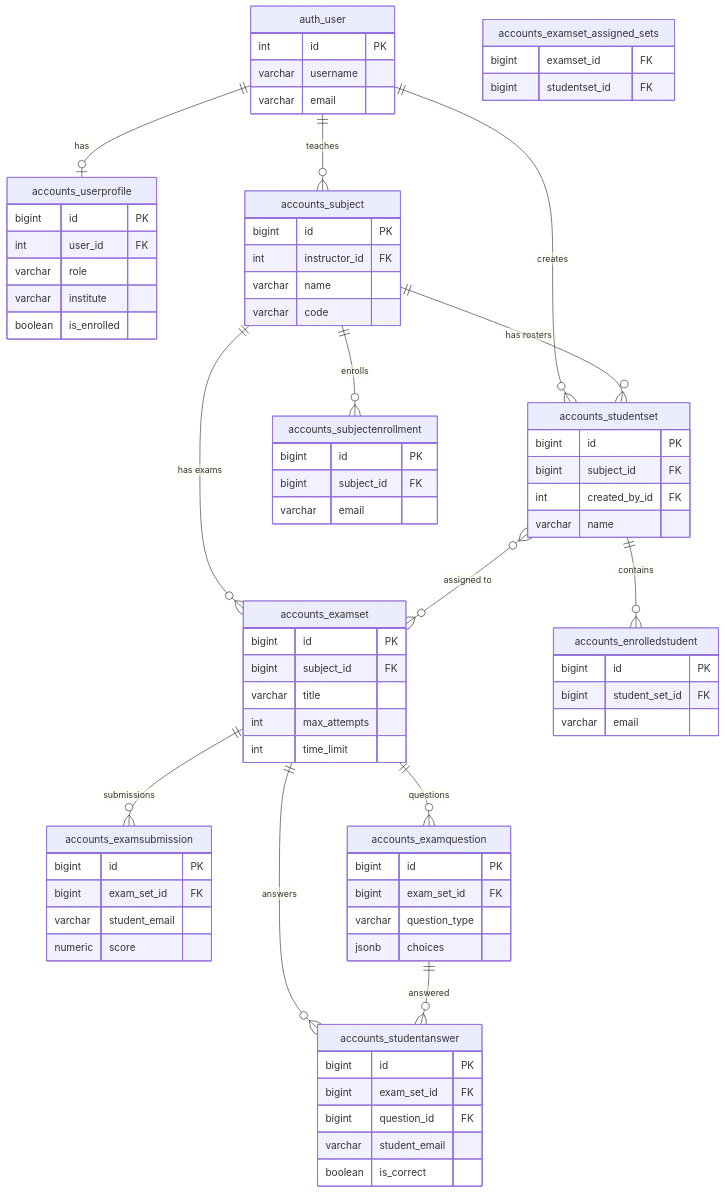
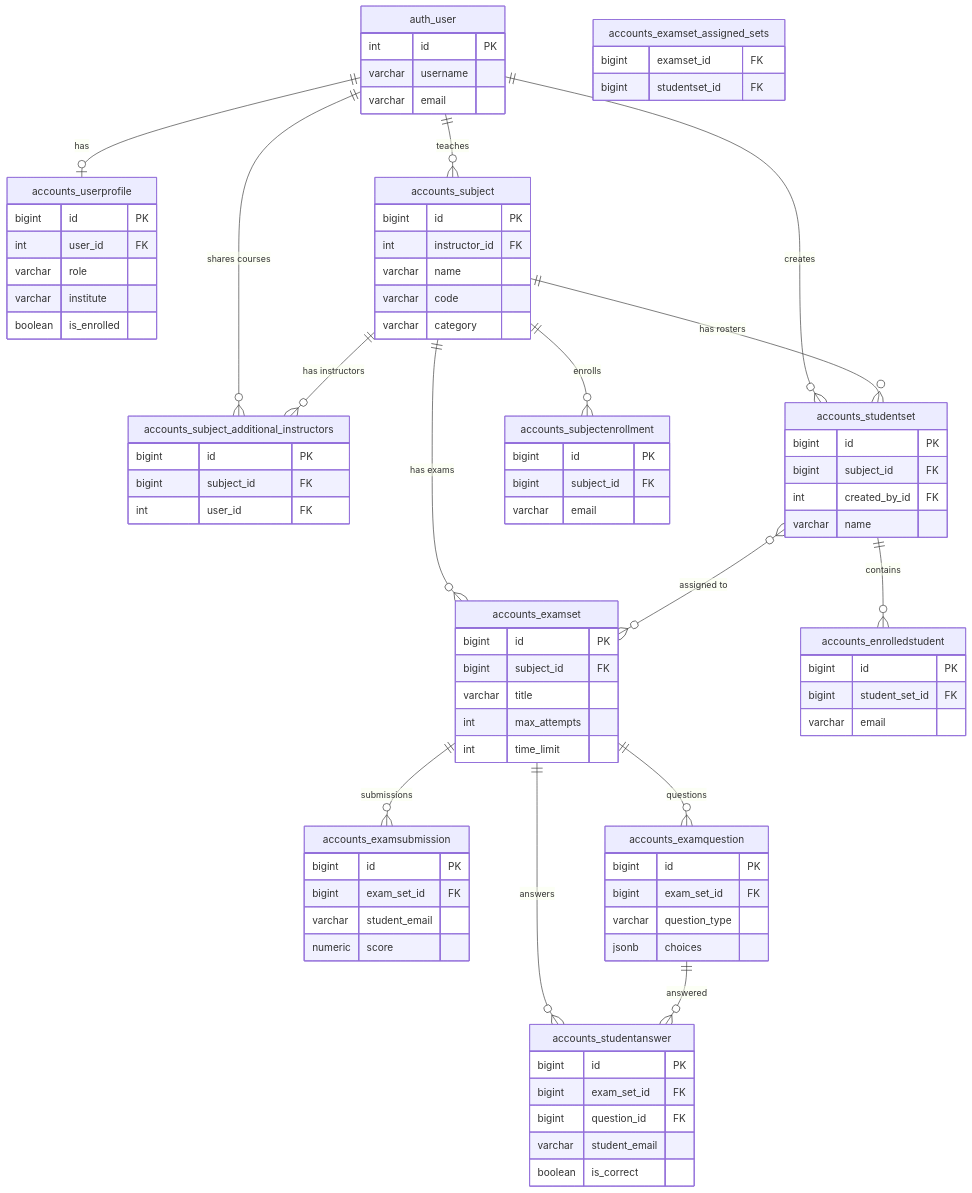
One commit to brybalidiong/AI-Vigilation changed the diagram in docs/database-erd.md. Above: the diagram before and after it, drawn with Mermaid. The commit also changed 10 other files, not shown here.

```diff
--- a/docs/database-erd.md
+++ b/docs/database-erd.md
@@ -22,6 +22,8 @@
 erDiagram
     auth_user ||--o| accounts_userprofile : "has"
     auth_user ||--o{ accounts_subject : "teaches"
+    auth_user ||--o{ accounts_subject_additional_instructors : "shares courses"
+    accounts_subject ||--o{ accounts_subject_additional_instructors : "has instructors"
     auth_user ||--o{ accounts_studentset : "creates"
 
     accounts_subject ||--o{ accounts_studentset : "has rosters"
@@ -56,6 +58,13 @@
         int instructor_id FK
         varchar name
         varchar code
+        varchar category
+    }
+
+    accounts_subject_additional_instructors {
+        bigint id PK
+        bigint subject_id FK
+        int user_id FK
     }
 
     accounts_studentset {
```
